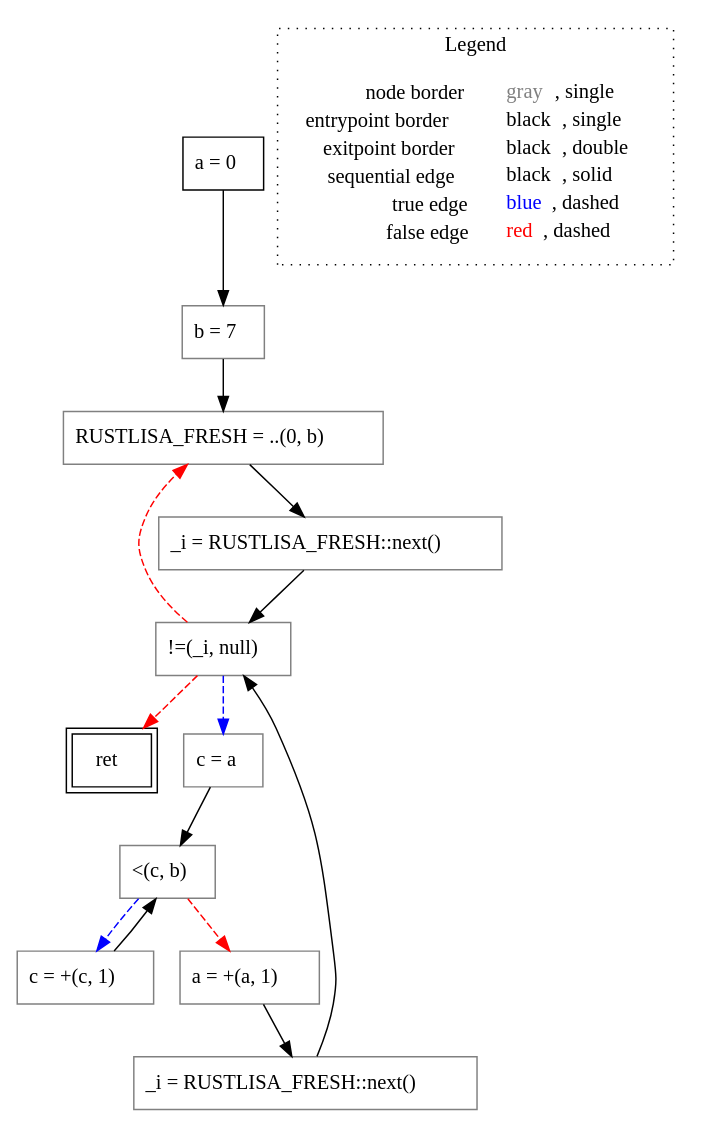
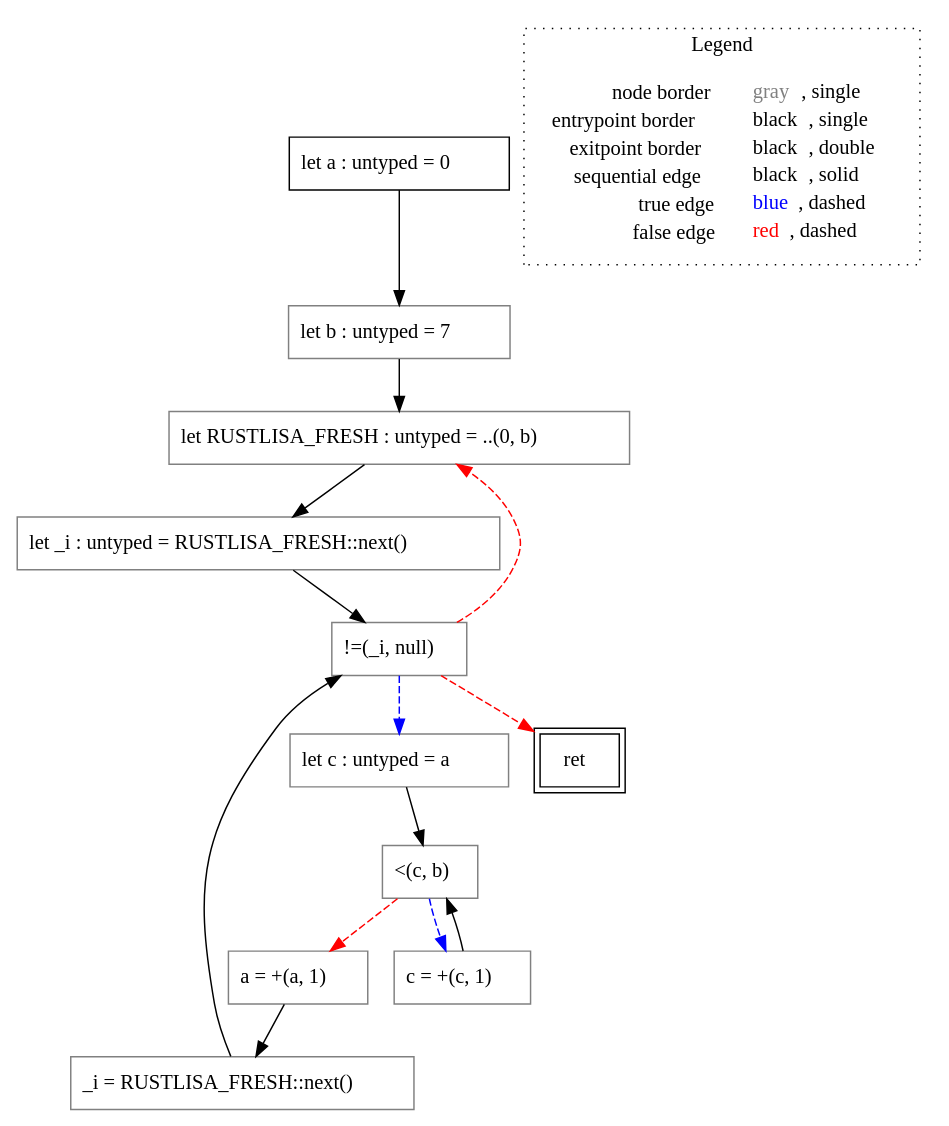
Before and after one commit to VincenzoArceri/rust-lisa: the diagram in rust-lisa/rust-testcases/cfg/nested-loops/untyped_rust-testcases_cfg_nested-loops_nested-loops.rs.main().dot, drawn with Graphviz. The commit also changed 9 other files, not shown here.

```diff
--- a/rust-lisa/rust-testcases/cfg/nested-loops/untyped_rust-testcases_cfg_nested-loops_nested-loops.rs.main().dot
+++ b/rust-lisa/rust-testcases/cfg/nested-loops/untyped_rust-testcases_cfg_nested-loops_nested-loops.rs.main().dot
@@ -1,33 +1,33 @@
 digraph {
-	"node0" [shape="rect",color="black",label=<a = 0>];
-	"node1" [shape="rect",color="gray",label=<c = +(c, 1)>];
-	"node2" [shape="rect",color="black",peripheries="2",label=<ret>];
-	"node3" [shape="rect",color="gray",label=<&lt;(c, b)>];
-	"node4" [shape="rect",color="gray",label=<a = +(a, 1)>];
-	"node5" [shape="rect",color="gray",label=<!=(_i, null)>];
-	"node6" [shape="rect",color="gray",label=<_i = RUSTLISA_FRESH::next()>];
-	"node7" [shape="rect",color="gray",label=<_i = RUSTLISA_FRESH::next()>];
-	"node8" [shape="rect",color="gray",label=<RUSTLISA_FRESH = ..(0, b)>];
-	"node9" [shape="rect",color="gray",label=<c = a>];
-	"node10" [shape="rect",color="gray",label=<b = 7>];
-	"node0" -> "node10" [color="black"];
-	"node1" -> "node3" [color="black"];
-	"node3" -> "node4" [color="red",style="dashed"];
-	"node3" -> "node1" [color="blue",style="dashed"];
-	"node4" -> "node7" [color="black"];
-	"node5" -> "node8" [color="red",style="dashed"];
-	"node5" -> "node9" [color="blue",style="dashed"];
-	"node5" -> "node2" [color="red",style="dashed"];
-	"node6" -> "node5" [color="black"];
-	"node7" -> "node5" [color="black"];
-	"node8" -> "node6" [color="black"];
-	"node9" -> "node3" [color="black"];
-	"node10" -> "node8" [color="black"];
+	"node0" [shape="rect",color="black",label=<let a : untyped = 0>];
+	"node1" [shape="rect",color="gray",label=<&lt;(c, b)>];
+	"node2" [shape="rect",color="gray",label=<let c : untyped = a>];
+	"node3" [shape="rect",color="black",peripheries="2",label=<ret>];
+	"node4" [shape="rect",color="gray",label=<let b : untyped = 7>];
+	"node5" [shape="rect",color="gray",label=<a = +(a, 1)>];
+	"node6" [shape="rect",color="gray",label=<c = +(c, 1)>];
+	"node7" [shape="rect",color="gray",label=<let _i : untyped = RUSTLISA_FRESH::next()>];
+	"node8" [shape="rect",color="gray",label=<_i = RUSTLISA_FRESH::next()>];
+	"node9" [shape="rect",color="gray",label=<let RUSTLISA_FRESH : untyped = ..(0, b)>];
+	"node10" [shape="rect",color="gray",label=<!=(_i, null)>];
+	"node0" -> "node4" [color="black"];
+	"node1" -> "node5" [color="red",style="dashed"];
+	"node1" -> "node6" [color="blue",style="dashed"];
+	"node2" -> "node1" [color="black"];
+	"node4" -> "node9" [color="black"];
+	"node5" -> "node8" [color="black"];
+	"node6" -> "node1" [color="black"];
+	"node7" -> "node10" [color="black"];
+	"node8" -> "node10" [color="black"];
+	"node9" -> "node7" [color="black"];
+	"node10" -> "node2" [color="blue",style="dashed"];
+	"node10" -> "node3" [color="red",style="dashed"];
+	"node10" -> "node9" [color="red",style="dashed"];
 subgraph cluster_legend {
 	label="Legend";
 	style=dotted;
 	node [shape=plaintext];
 	"legend" [label=<<table border="0" cellpadding="2" cellspacing="0" cellborder="0"><tr><td align="right">node border&nbsp;</td><td align="left"><font color="gray">gray</font>, single</td></tr><tr><td align="right">entrypoint border&nbsp;</td><td align="left"><font color="black">black</font>, single</td></tr><tr><td align="right">exitpoint border&nbsp;</td><td align="left"><font color="black">black</font>, double</td></tr><tr><td align="right">sequential edge&nbsp;</td><td align="left"><font color="black">black</font>, solid</td></tr><tr><td align="right">true edge&nbsp;</td><td align="left"><font color="blue">blue</font>, dashed</td></tr><tr><td align="right">false edge&nbsp;</td><td align="left"><font color="red">red</font>, dashed</td></tr></table>>];
 }
 
 }
```
